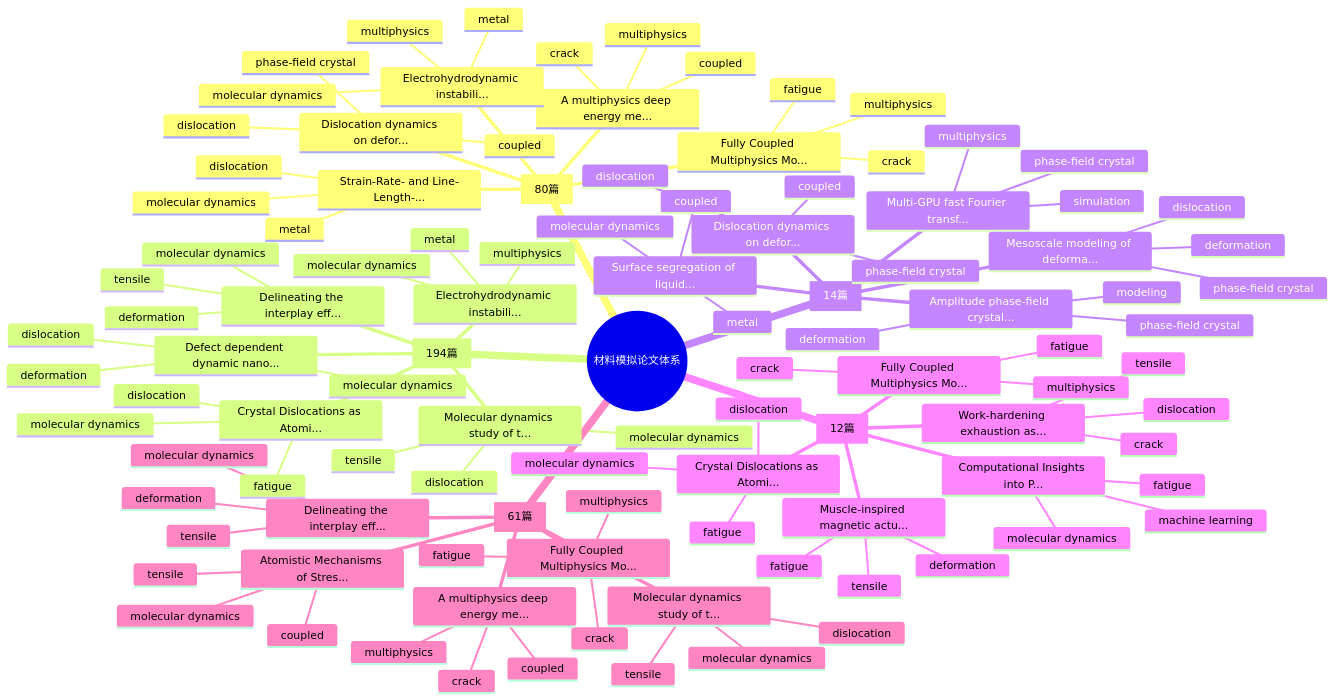
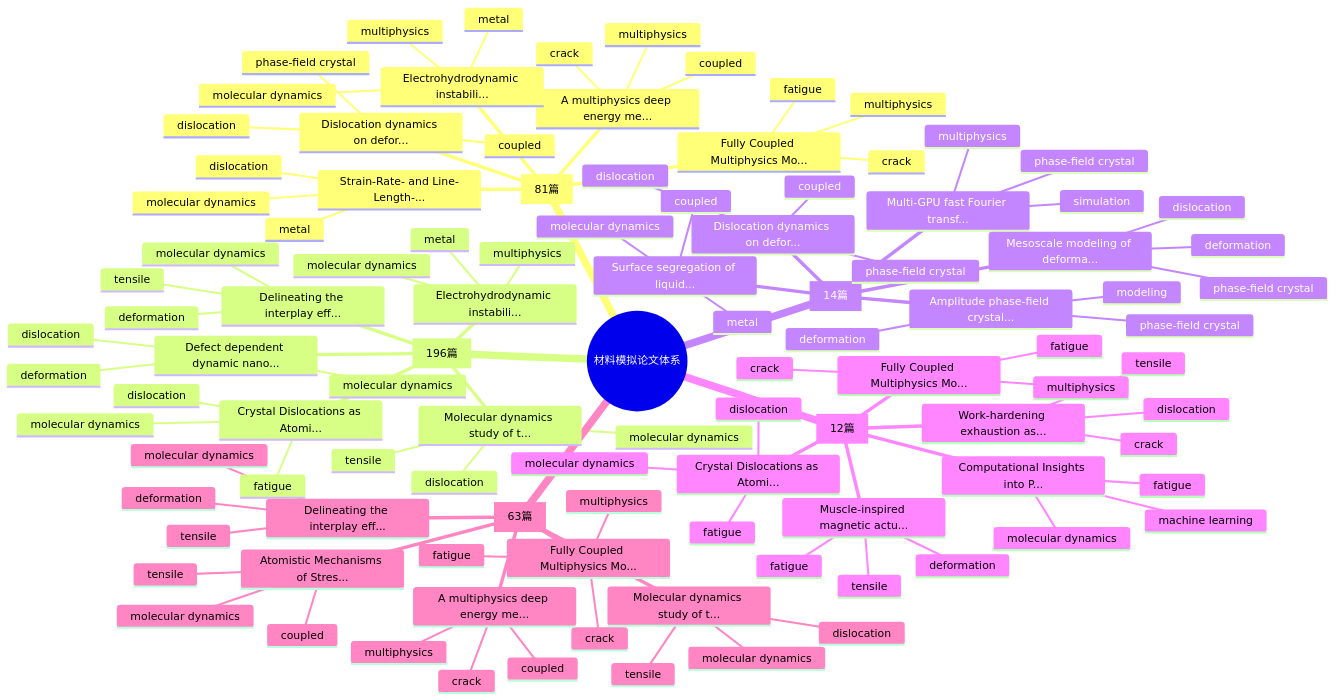
The first of 2 diagrams in README.md (Shirakawa11111/BJK_readpaper), drawn with Mermaid before and after one commit. The commit also changed other lines of this file and 11 other files, not shown here.

````diff
--- a/README.md
+++ b/README.md
@@ -94,7 +94,7 @@
 ```mermaid
 mindmap
   root((材料模拟论文体系))
-    Multiphysics Coupling [80篇]
+    Multiphysics Coupling [81篇]
       Fully Coupled Multiphysics Mo...
         fatigue
         multiphysics
@@ -115,7 +115,7 @@
         molecular dynamics
         dislocation
         metal
-    Molecular Dynamics [194篇]
+    Molecular Dynamics [196篇]
       Crystal Dislocations as Atomi...
         molecular dynamics
         fatigue
@@ -178,7 +178,7 @@
         fatigue
         tensile
         deformation
-    Tensile / Deformation Simulation [61篇]
+    Tensile / Deformation Simulation [63篇]
       Fully Coupled Multiphysics Mo...
         fatigue
         multiphysics
````
